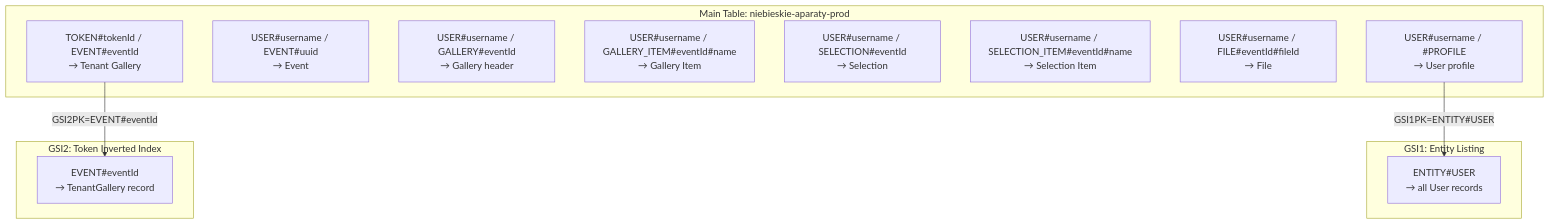
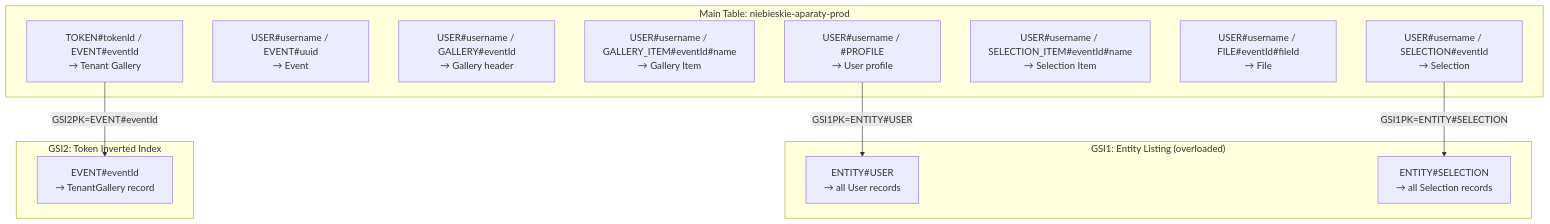
The second of 2 diagrams in dynamodb-desing/single-table-design.md (PiotrMigaj/niebieskie-aparaty-admin-v2), drawn with Mermaid before and after one commit. The commit also changed other lines of this file and 2 other files, not shown here.

Commit message:
add gsi for selection

````diff
--- a/dynamodb-desing/single-table-design.md
+++ b/dynamodb-desing/single-table-design.md
@@ -436,24 +449,26 @@
 ```mermaid
 graph TD
     subgraph Main Table ["Main Table: niebieskie-aparaty-prod"]
         U["USER#username / #PROFILE<br/>→ User profile"]
         E["USER#username / EVENT#uuid<br/>→ Event"]
         GH["USER#username / GALLERY#eventId<br/>→ Gallery header"]
         GI["USER#username / GALLERY_ITEM#eventId#name<br/>→ Gallery Item"]
         S["USER#username / SELECTION#eventId<br/>→ Selection"]
         SI["USER#username / SELECTION_ITEM#eventId#name<br/>→ Selection Item"]
         F["USER#username / FILE#eventId#fileId<br/>→ File"]
         TG["TOKEN#tokenId / EVENT#eventId<br/>→ Tenant Gallery"]
     end
 
-    subgraph GSI1 ["GSI1: Entity Listing"]
-        G1["ENTITY#USER<br/>→ all User records"]
+    subgraph GSI1 ["GSI1: Entity Listing (overloaded)"]
+        G1U["ENTITY#USER<br/>→ all User records"]
+        G1S["ENTITY#SELECTION<br/>→ all Selection records"]
     end
 
     subgraph GSI2 ["GSI2: Token Inverted Index"]
         G2["EVENT#eventId<br/>→ TenantGallery record"]
     end
 
-    U -- "GSI1PK=ENTITY#USER" --> G1
+    U -- "GSI1PK=ENTITY#USER" --> G1U
+    S -- "GSI1PK=ENTITY#SELECTION" --> G1S
     TG -- "GSI2PK=EVENT#eventId" --> G2
 ```
````
